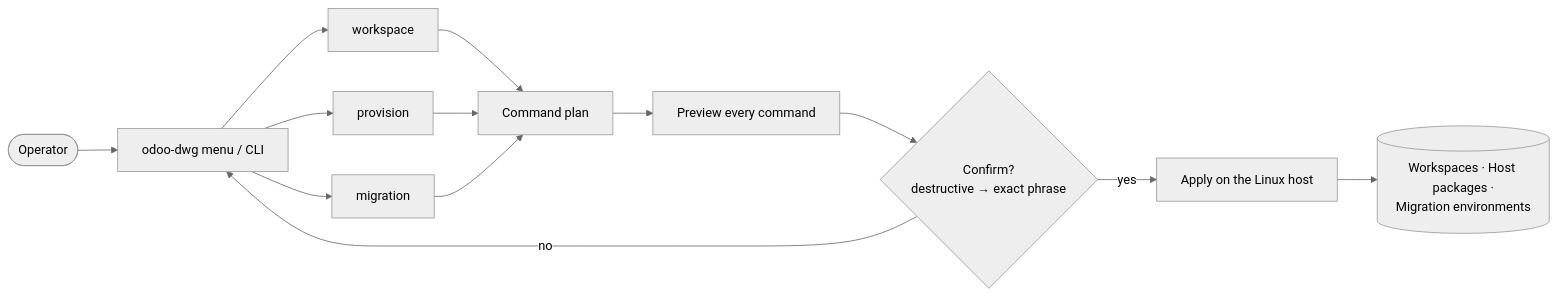
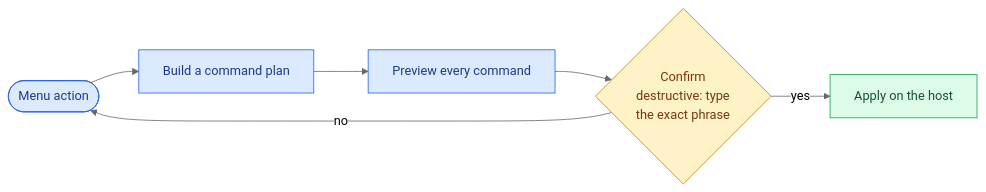
The first of 2 diagrams in README.md (grojof/odoo_dev_workspace_generator), drawn with Mermaid (neutral theme) before and after one commit. The commit also changed other lines of this file and 39 other files, not shown here.

````diff
--- a/README.md
+++ b/README.md
@@ -17,13 +27,12 @@
 ```mermaid
 flowchart LR
-    OP([Operator]) --> CLI[odoo-dwg menu / CLI]
-    CLI --> W[workspace]
-    CLI --> P[provision]
-    CLI --> M[migration]
-    W & P & M --> PLAN[Command plan]
-    PLAN --> PREVIEW[Preview every command]
-    PREVIEW --> CONFIRM{Confirm?\ndestructive → exact phrase}
-    CONFIRM -- yes --> APPLY[Apply on the Linux host]
-    CONFIRM -- no --> CLI
-    APPLY --> OUT[(Workspaces · Host packages ·\nMigration environments)]
+    A([Menu action]) --> B[Build a command plan] --> C[Preview every command] --> D{Confirm<br/>destructive: type<br/>the exact phrase}
+    D -- yes --> E[Apply on the host]
+    D -- no --> A
+    classDef step fill:#dbeafe,stroke:#2563eb,color:#1e3a8a
+    classDef ask fill:#fef3c7,stroke:#d97706,color:#78350f
+    classDef act fill:#dcfce7,stroke:#16a34a,color:#14532d
+    class A,B,C step
+    class D ask
+    class E act
 ```
````
